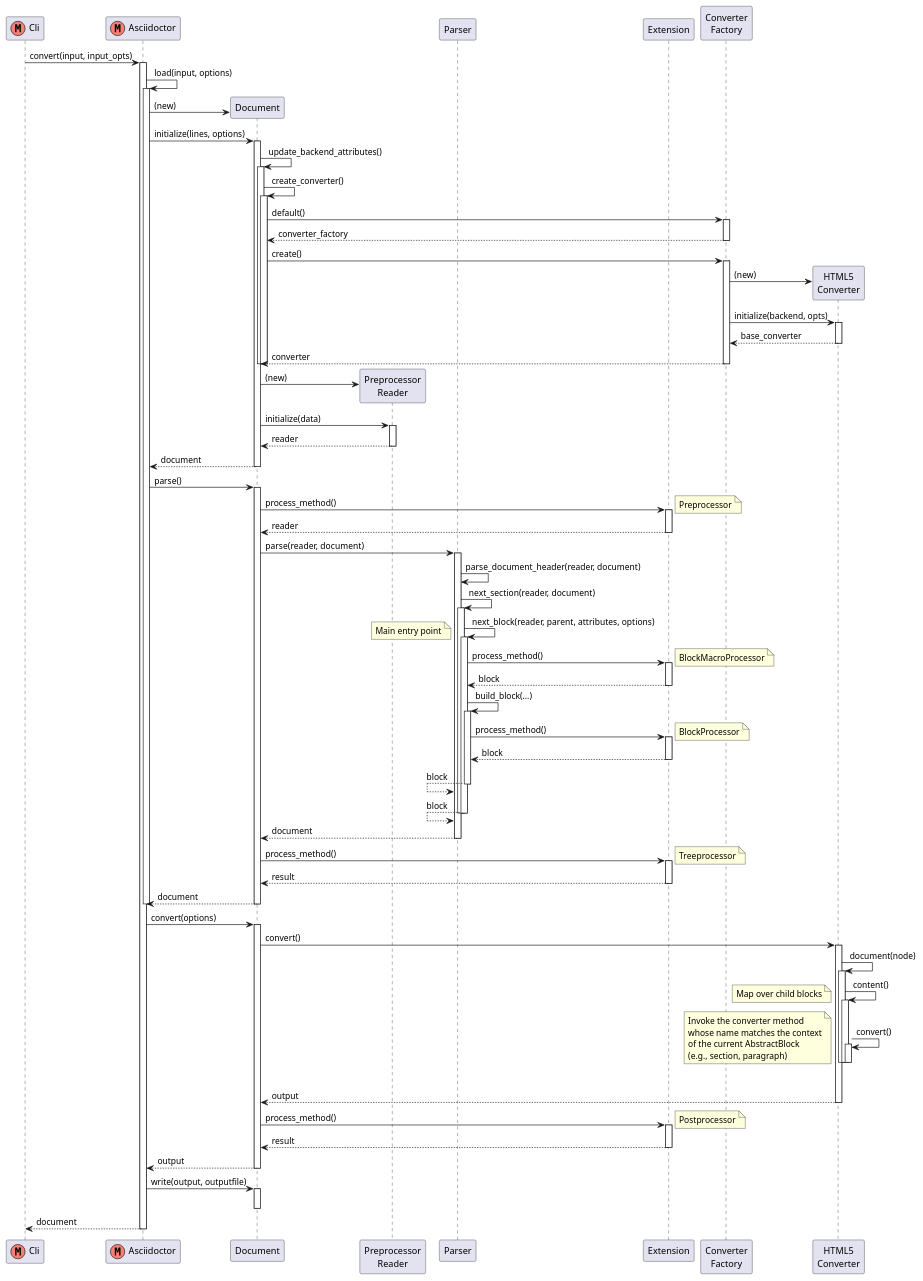
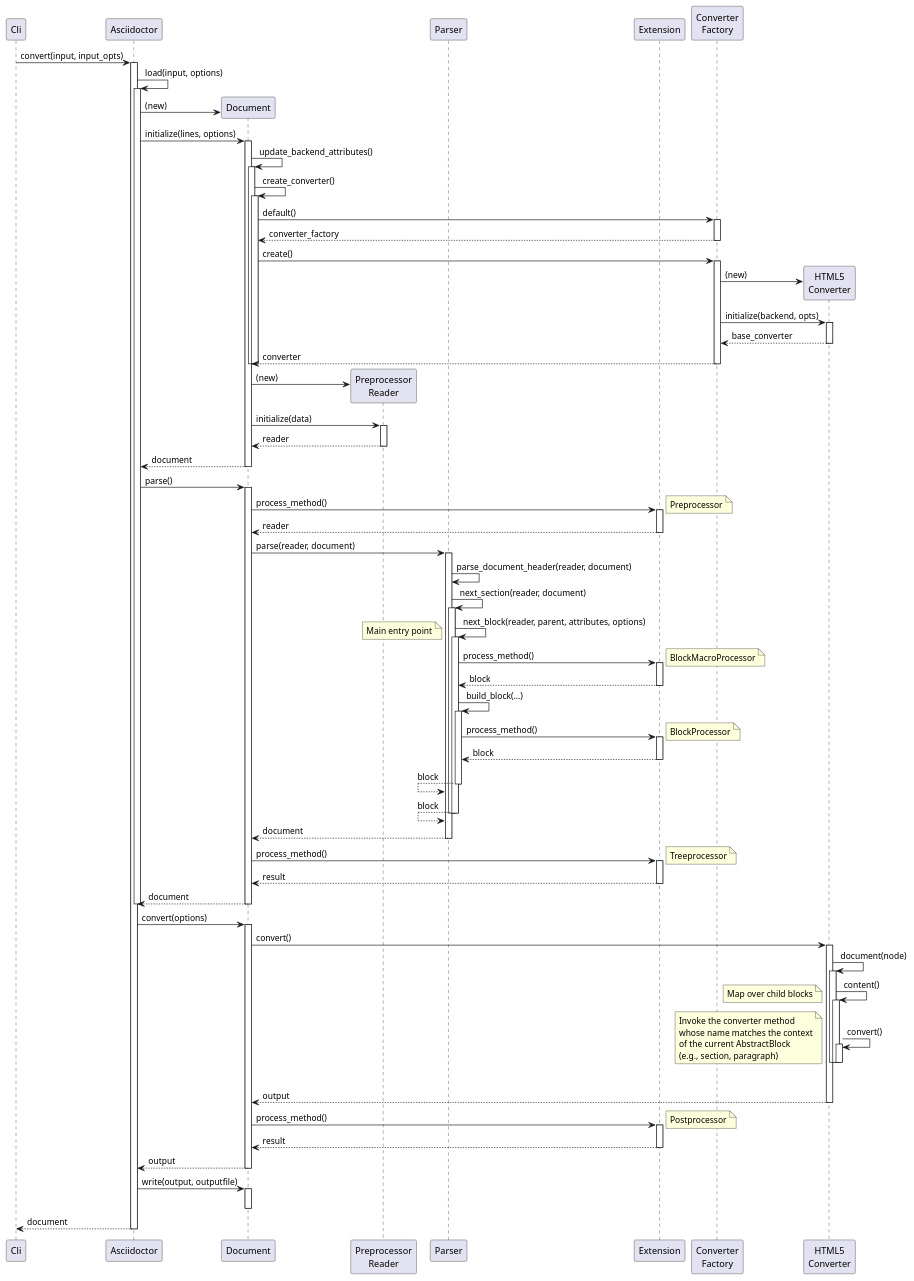
Before and after one commit to nurkkala/asciidoctor-thop: the diagram in thop.adoc, drawn with PlantUML.

Commit message:
Cleaned up sequence diagram

```diff
--- a/thop.adoc
+++ b/thop.adoc
@@ -187,7 +187,7 @@
 [plantuml, diagram-sequence, png]
 ....
-participant Cli << (M, salmon) >>
-participant AD as "Asciidoctor" << (M, salmon) >>
+participant Cli
+participant AD as "Asciidoctor"
 participant Document
 participant Reader as "Preprocessor\nReader"
 participant Parser
```
